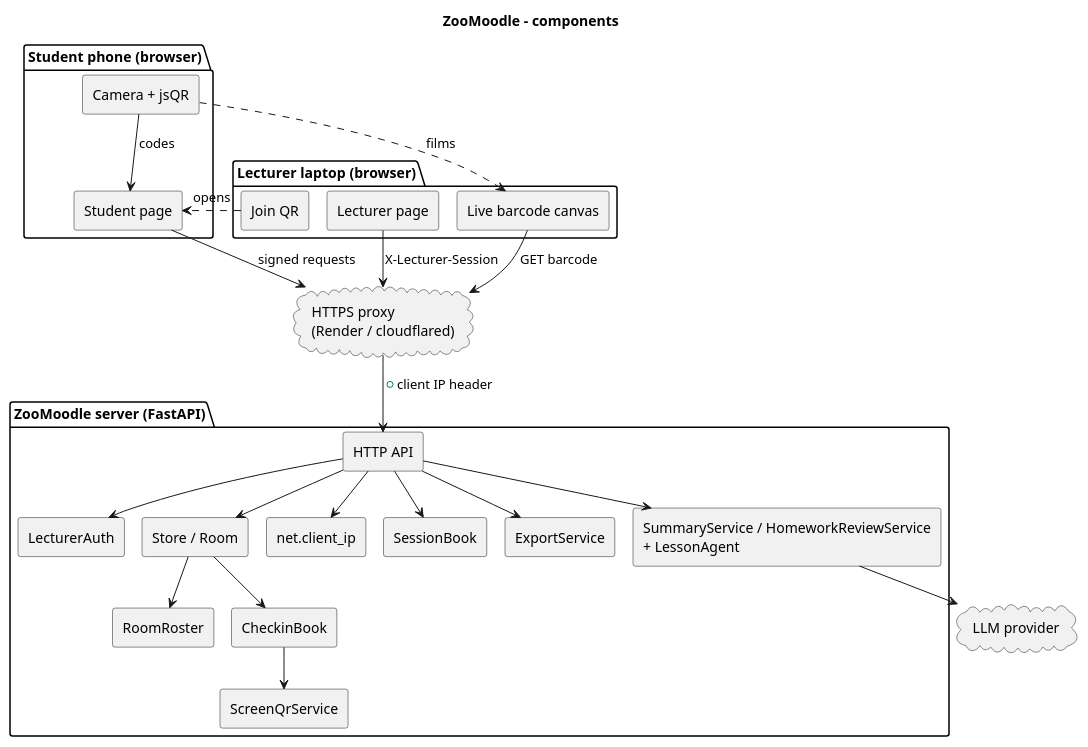
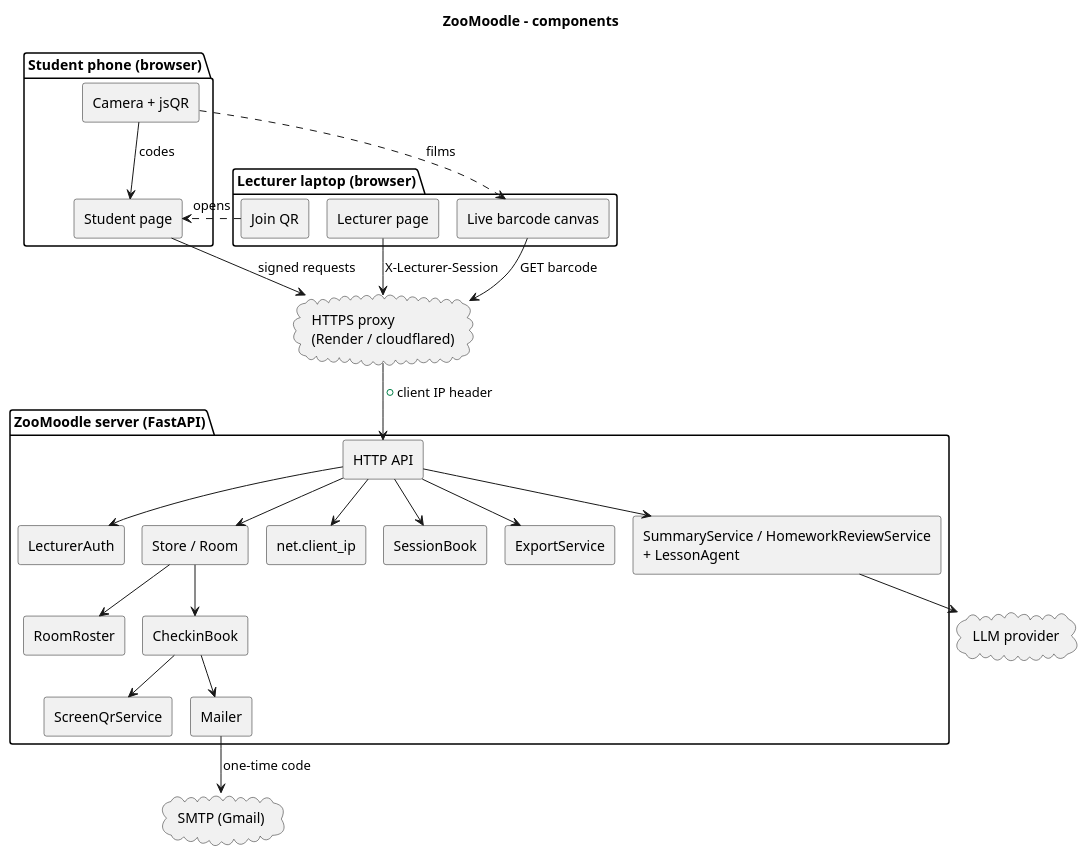
One commit to Haim-Barby/ZooMoodle changed the diagram in docs/diagrams/components.puml. Above: the diagram before and after it, drawn with PlantUML. The commit also changed 36 other files, not shown here.

First line of the commit message:
Duplicate names: one-time Gmail code decides automatically

```diff
--- a/docs/diagrams/components.puml
+++ b/docs/diagrams/components.puml
@@ -1,47 +1,51 @@
 @startuml components
 !pragma layout smetana
 title ZooMoodle – components
 skinparam componentStyle rectangle
 
 package "Lecturer laptop (browser)" {
   [Lecturer page] as LP
   [Live barcode canvas] as LB
   [Join QR] as JQ
 }
 package "Student phone (browser)" {
   [Student page] as SP
   [Camera + jsQR] as CAM
 }
 cloud "HTTPS proxy\n(Render / cloudflared)" as PX
 package "ZooMoodle server (FastAPI)" {
   [HTTP API] as API
   [LecturerAuth] as AUTH
   [Store / Room] as ST
   [RoomRoster] as RR
   [CheckinBook] as CB
   [ScreenQrService] as QR
   [net.client_ip] as NET
   [SessionBook] as SB
+  [Mailer] as ML
   [ExportService] as EX
   [SummaryService / HomeworkReviewService\n+ LessonAgent] as AG
 }
+cloud "SMTP (Gmail)" as SMTP
 cloud "LLM provider" as LLM
 
 LP --> PX : X-Lecturer-Session
 LB --> PX : GET barcode
 JQ ..> SP : opens
 CAM ..> LB : films
 CAM --> SP : codes
 SP --> PX : signed requests
 PX --> API : + client IP header
 API --> AUTH
 API --> SB
 API --> NET
 API --> ST
 ST --> RR
 ST --> CB
 CB --> QR
+CB --> ML
+ML --> SMTP : one-time code
 API --> EX
 API --> AG
 AG --> LLM
 @enduml
```
